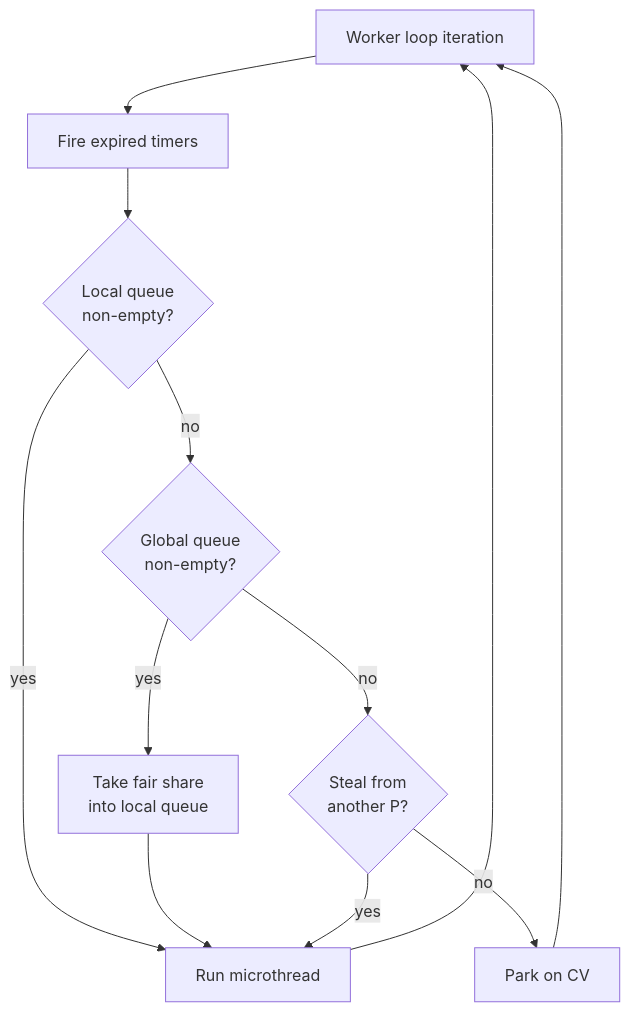
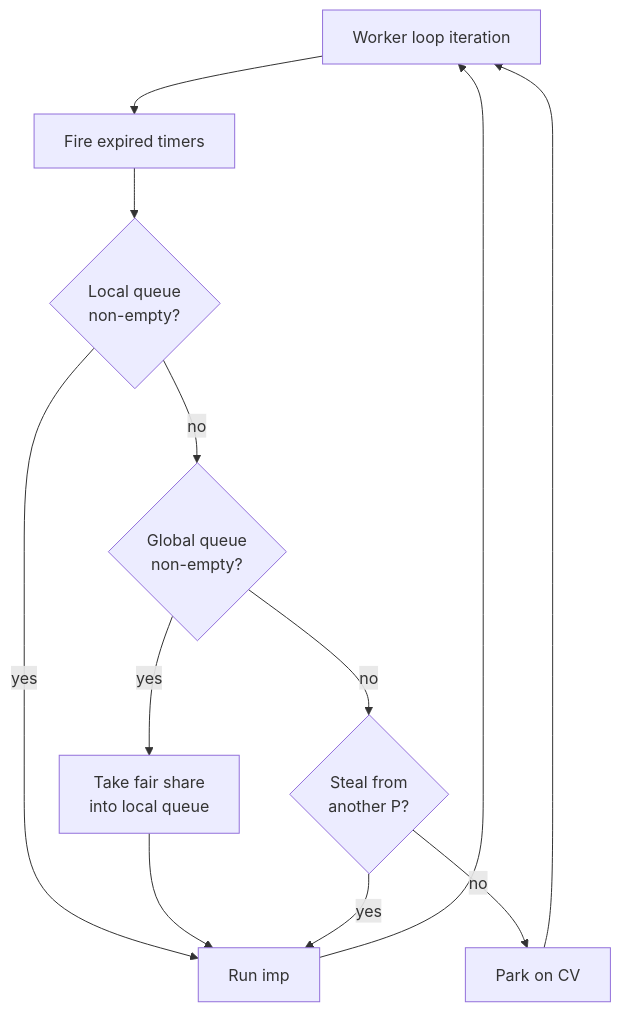
One commit to marcelocantos/csp changed the second of 2 diagrams in docs/guide/09-concurrency.md. Above: the diagram before and after it, drawn with Mermaid. The commit also changed other lines of this file and 132 other files, not shown here.

First line of the commit message:
Rename "microthread" → "imp" across the entire codebase

````diff
--- a/docs/guide/09-concurrency.md
+++ b/docs/guide/09-concurrency.md
@@ -97,14 +97,14 @@
 ```mermaid
 flowchart TD
     START["Worker loop iteration"] --> TIMERS["Fire expired timers"]
     TIMERS --> LOCAL{"Local queue\nnon-empty?"}
-    LOCAL -- yes --> RUN["Run microthread"]
+    LOCAL -- yes --> RUN["Run imp"]
     LOCAL -- no --> GLOBAL{"Global queue\nnon-empty?"}
     GLOBAL -- yes --> TAKE["Take fair share\ninto local queue"]
     TAKE --> RUN
     GLOBAL -- no --> STEAL{"Steal from\nanother P?"}
     STEAL -- yes --> RUN
     STEAL -- no --> PARK["Park on CV"]
     PARK --> START
     RUN --> START
 ```
````
